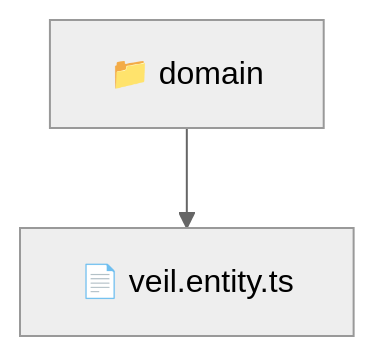
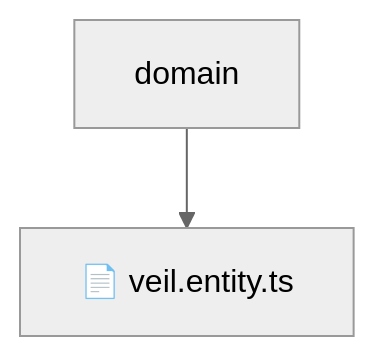
The diagram in backend/src/modules/veil/domain/README.md (beginwebdev2002/fullstack-mavluda), drawn with Mermaid (neutral theme) before and after one commit. The commit also changed other lines of this file and 155 other files, not shown here.

````diff
--- a/backend/src/modules/veil/domain/README.md
+++ b/backend/src/modules/veil/domain/README.md
@@ -10,5 +14,5 @@
 ```mermaid
 graph TD
-  Root["📁 domain"]
-  Root --> veilentityts["📄 veil.entity.ts"]
+    Root[domain]
+    Root --> F0[📄 veil.entity.ts]
 ```
````
